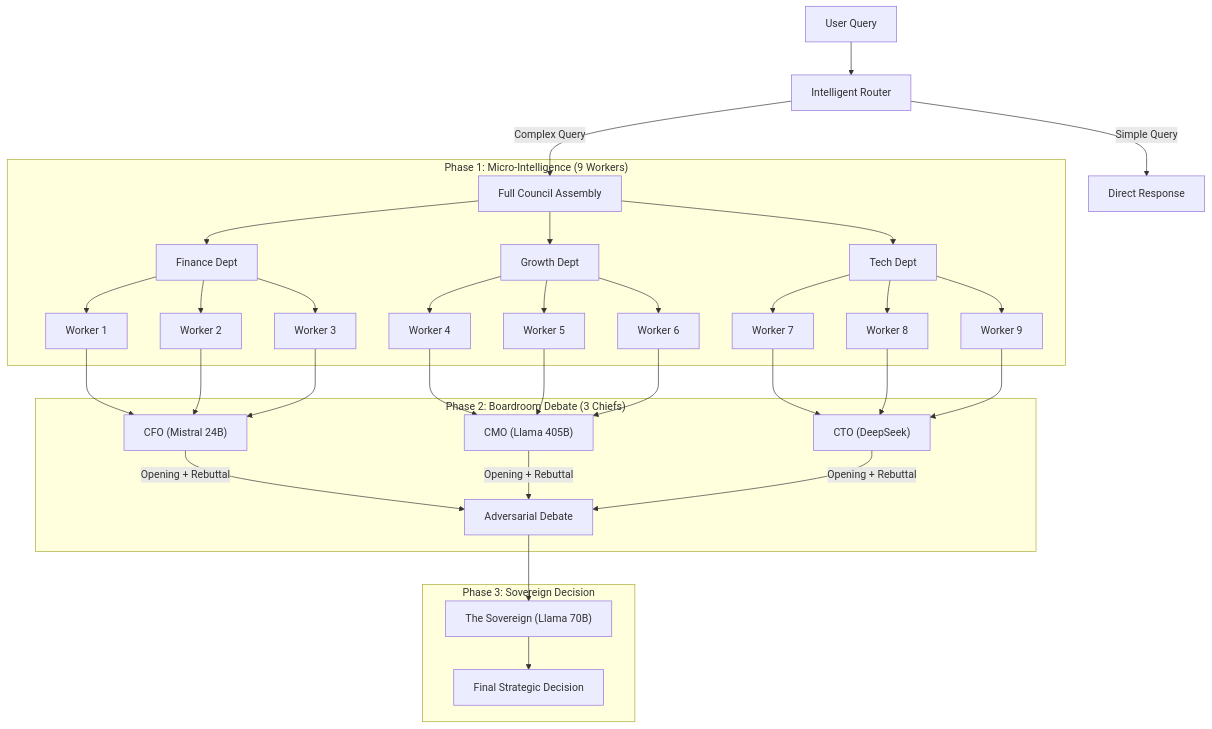
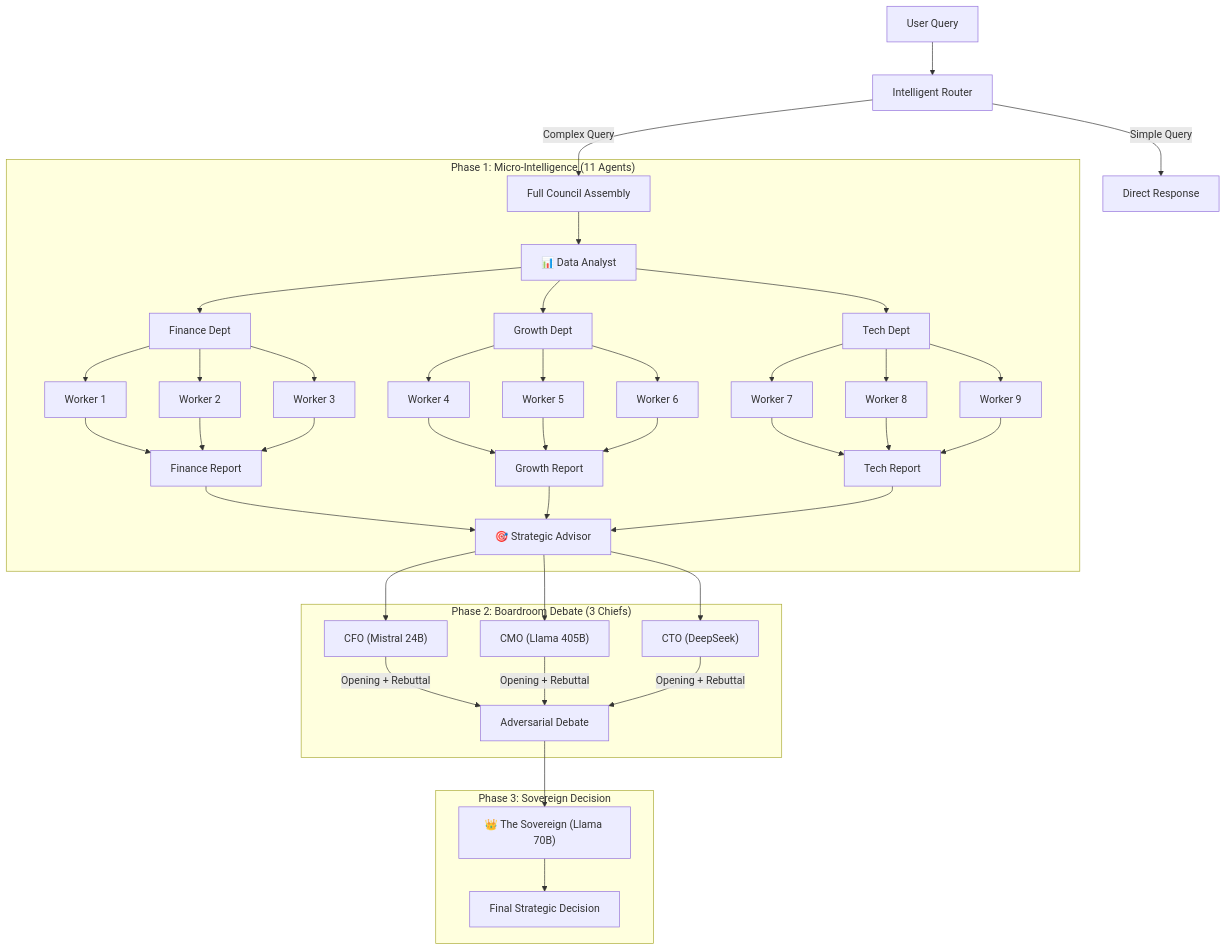
The diagram in README.md (BlueFlame0101/sovereign-extraction-engine), drawn with Mermaid before and after one commit. The commit also changed other lines of this file and 6 other files, not shown here.

First line of the commit message:
Implement 15-agent hierarchical multi-agent architecture

````diff
--- a/README.md
+++ b/README.md
@@ -20,31 +20,38 @@
 ```mermaid
 graph TD
     Query["User Query"] --> Router["Intelligent Router"]
     Router -->|Simple Query| FastLane["Direct Response"]
     Router -->|Complex Query| DeepLane["Full Council Assembly"]
-    
-    subgraph Phase1["Phase 1: Micro-Intelligence (9 Workers)"]
-        DeepLane --> Finance["Finance Dept"]
-        DeepLane --> Growth["Growth Dept"]
-        DeepLane --> Tech["Tech Dept"]
-        
+
+    subgraph Phase1["Phase 1: Micro-Intelligence (11 Agents)"]
+        DeepLane --> DataAnalyst["📊 Data Analyst"]
+        DataAnalyst --> Finance["Finance Dept"]
+        DataAnalyst --> Growth["Growth Dept"]
+        DataAnalyst --> Tech["Tech Dept"]
+
         Finance --> W1["Worker 1"] & W2["Worker 2"] & W3["Worker 3"]
         Growth --> W4["Worker 4"] & W5["Worker 5"] & W6["Worker 6"]
         Tech --> W7["Worker 7"] & W8["Worker 8"] & W9["Worker 9"]
+
+        W1 & W2 & W3 --> FinReport["Finance Report"]
+        W4 & W5 & W6 --> GroReport["Growth Report"]
+        W7 & W8 & W9 --> TecReport["Tech Report"]
+
+        FinReport & GroReport & TecReport --> StratAdvisor["🎯 Strategic Advisor"]
     end
-    
+
     subgraph Phase2["Phase 2: Boardroom Debate (3 Chiefs)"]
-        W1 & W2 & W3 --> CFO["CFO (Mistral 24B)"]
-        W4 & W5 & W6 --> CMO["CMO (Llama 405B)"]
-        W7 & W8 & W9 --> CTO["CTO (DeepSeek)"]
-        
+        StratAdvisor --> CFO["CFO (Mistral 24B)"]
+        StratAdvisor --> CMO["CMO (Llama 405B)"]
+        StratAdvisor --> CTO["CTO (DeepSeek)"]
+
         CFO -->|Opening + Rebuttal| Debate["Adversarial Debate"]
         CMO -->|Opening + Rebuttal| Debate
         CTO -->|Opening + Rebuttal| Debate
     end
-    
+
     subgraph Phase3["Phase 3: Sovereign Decision"]
-        Debate --> Sovereign["The Sovereign (Llama 70B)"]
+        Debate --> Sovereign["👑 The Sovereign (Llama 70B)"]
         Sovereign --> Decision["Final Strategic Decision"]
     end
 ```
````
